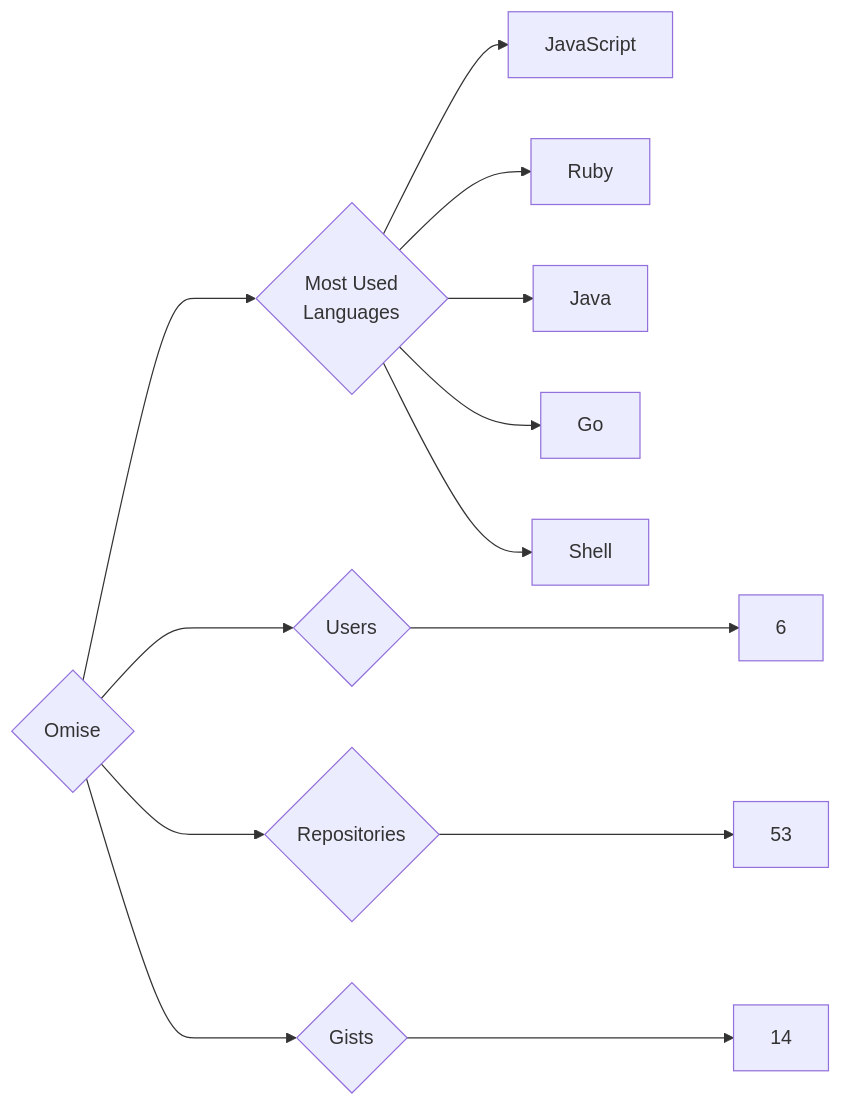
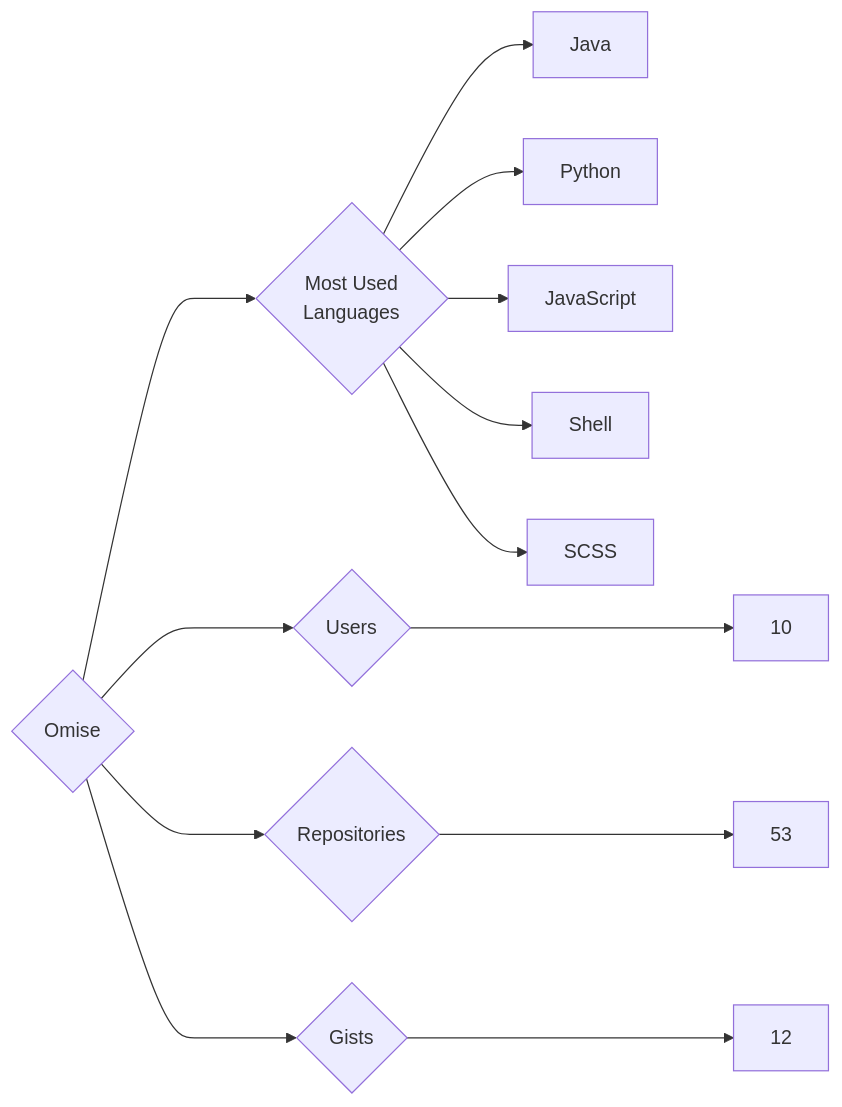
The diagram in targets/Omise/README.md (trickest/insiders), drawn with Mermaid before and after one commit. The commit also changed 912 other files, not shown here.

````diff
--- a/targets/Omise/README.md
+++ b/targets/Omise/README.md
@@ -3,13 +3,13 @@
 ```mermaid
 graph LR
 COMPANY_NAME{Omise}
-COMPANY_NAME ---> U{Users} ---> UN[6]
+COMPANY_NAME ---> U{Users} ---> UN[10]
 COMPANY_NAME ---> R{Repositories} ---> RN[53]
-COMPANY_NAME ---> G{Gists} ---> GN[14]
+COMPANY_NAME ---> G{Gists} ---> GN[12]
 COMPANY_NAME ---> ML{Most Used<br>Languages}
+ML --> Java[Java]
+ML --> Python[Python]
 ML --> JavaScript[JavaScript]
-ML --> Ruby[Ruby]
-ML --> Java[Java]
-ML --> Go[Go]
 ML --> Shell[Shell]
+ML --> SCSS[SCSS]
 ```
````
